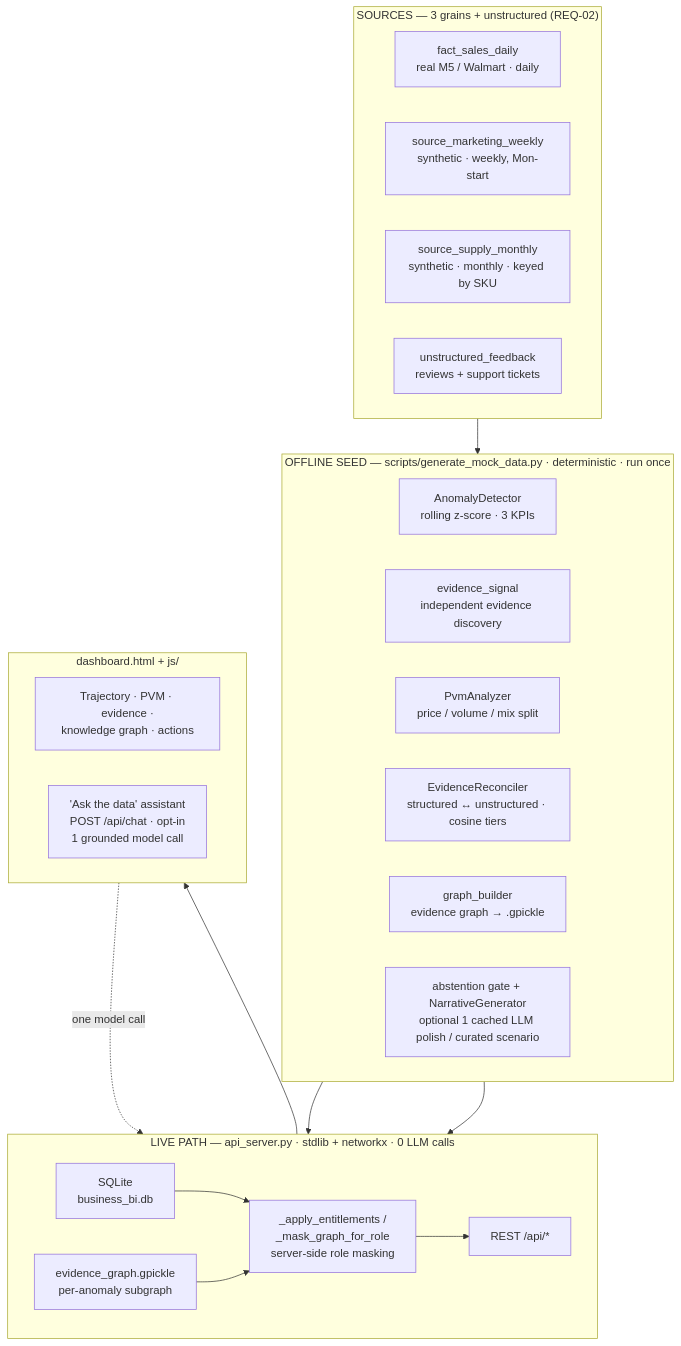
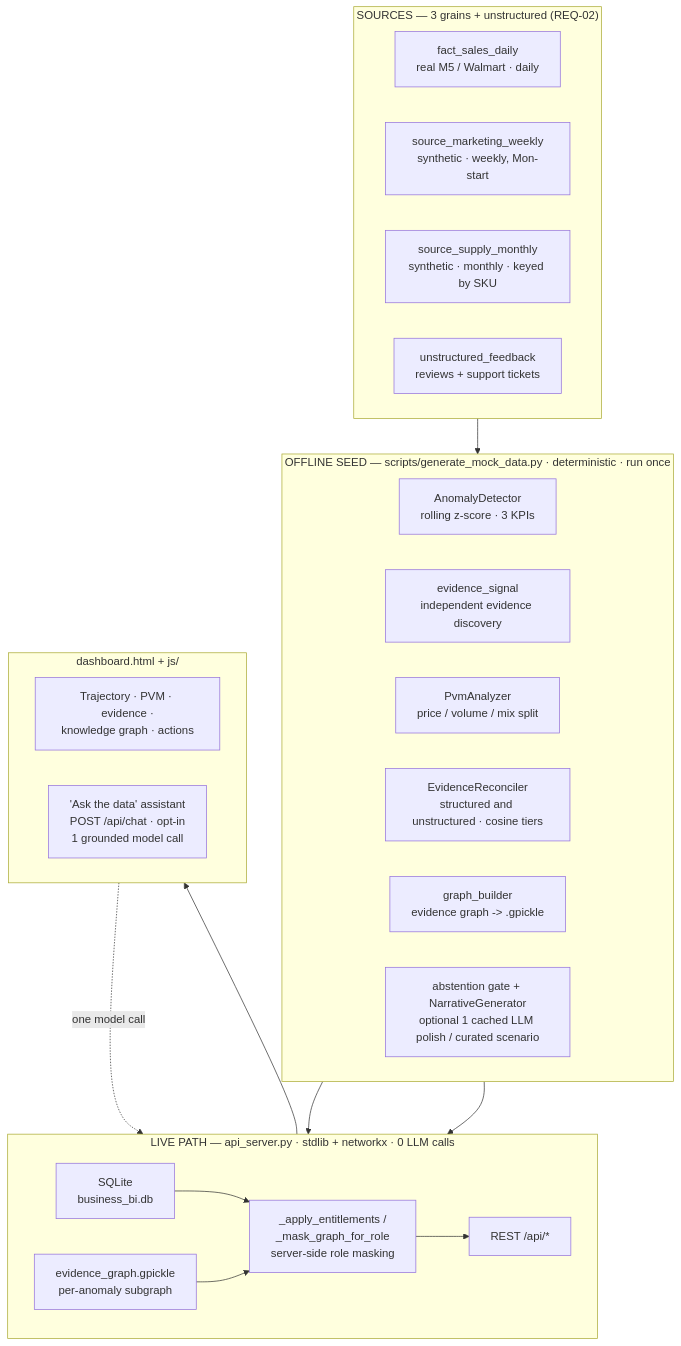
Before and after one commit to kailash-git/Accenture_AI_Hackathon: the second of 4 diagrams in README.md, drawn with Mermaid. The commit also changed other lines of this file, not shown here.

````diff
--- a/README.md
+++ b/README.md
@@ -82,40 +73,40 @@
 ```mermaid
 flowchart TB
     subgraph S["SOURCES — 3 grains + unstructured (REQ-02)"]
       direction LR
       A1["fact_sales_daily<br/>real M5 / Walmart · daily"]
       A2["source_marketing_weekly<br/>synthetic · weekly, Mon-start"]
       A3["source_supply_monthly<br/>synthetic · monthly · keyed by SKU"]
       A4["unstructured_feedback<br/>reviews + support tickets"]
     end
 
     subgraph SEED["OFFLINE SEED — scripts/generate_mock_data.py · deterministic · run once"]
       direction LR
       B1["AnomalyDetector<br/>rolling z-score · 3 KPIs"]
       B2["evidence_signal<br/>independent evidence discovery"]
       B3["PvmAnalyzer<br/>price / volume / mix split"]
-      B4["EvidenceReconciler<br/>structured ↔ unstructured · cosine tiers"]
-      B5["graph_builder<br/>evidence graph → .gpickle"]
+      B4["EvidenceReconciler<br/>structured and unstructured · cosine tiers"]
+      B5["graph_builder<br/>evidence graph -> .gpickle"]
       B6["abstention gate + NarrativeGenerator<br/>optional 1 cached LLM polish / curated scenario"]
     end
 
     subgraph SERVE["LIVE PATH — api_server.py · stdlib + networkx · 0 LLM calls"]
       direction LR
       C1["SQLite<br/>business_bi.db"]
       C2["_apply_entitlements /<br/>_mask_graph_for_role<br/>server-side role masking"]
       C3["REST /api/*"]
       C4["evidence_graph.gpickle<br/>per-anomaly subgraph"]
     end
 
     subgraph UI["dashboard.html + js/"]
       direction LR
       D1["Trajectory · PVM · evidence ·<br/>knowledge graph · actions"]
       D2["'Ask the data' assistant<br/>POST /api/chat · opt-in<br/>1 grounded model call"]
     end
 
     S --> SEED --> C1
     B5 --> C4
     C1 --> C2 --> C3 --> UI
     C4 --> C2
     D2 -. one model call .-> C3
 ```
````
